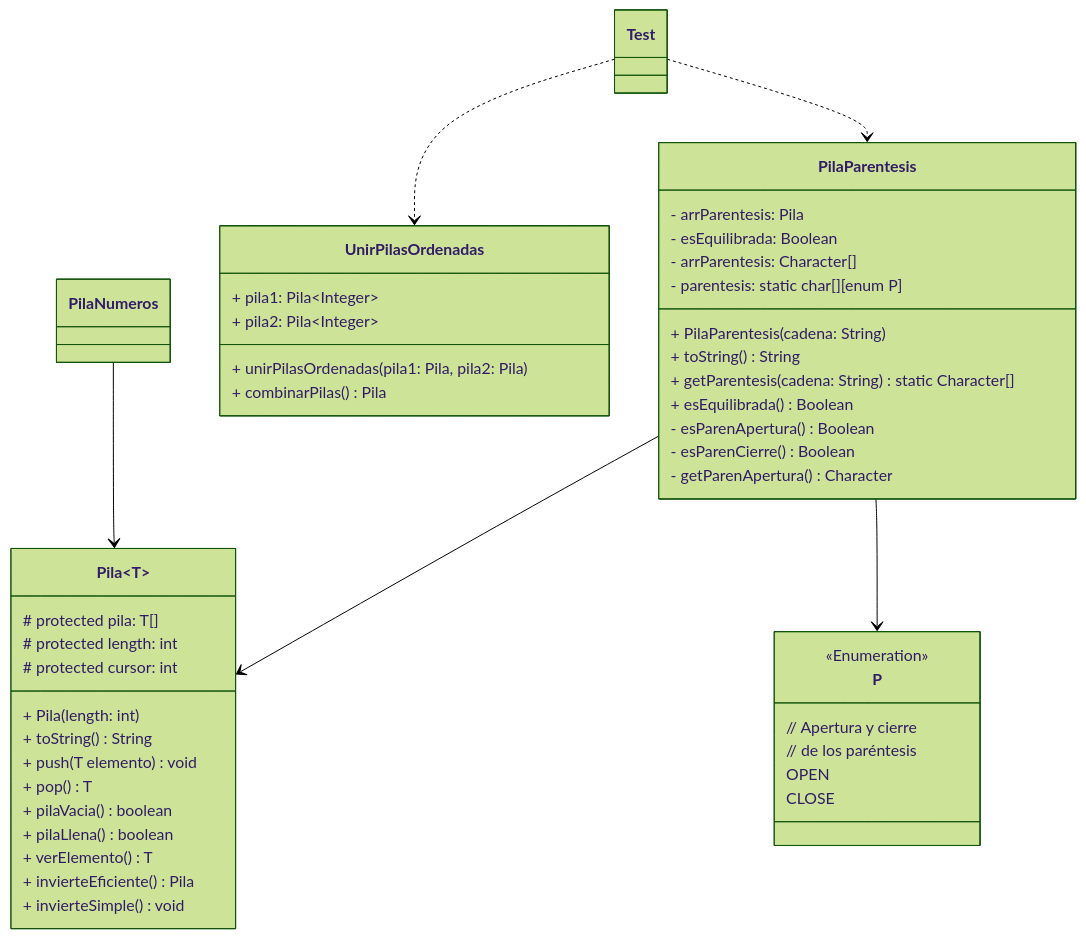
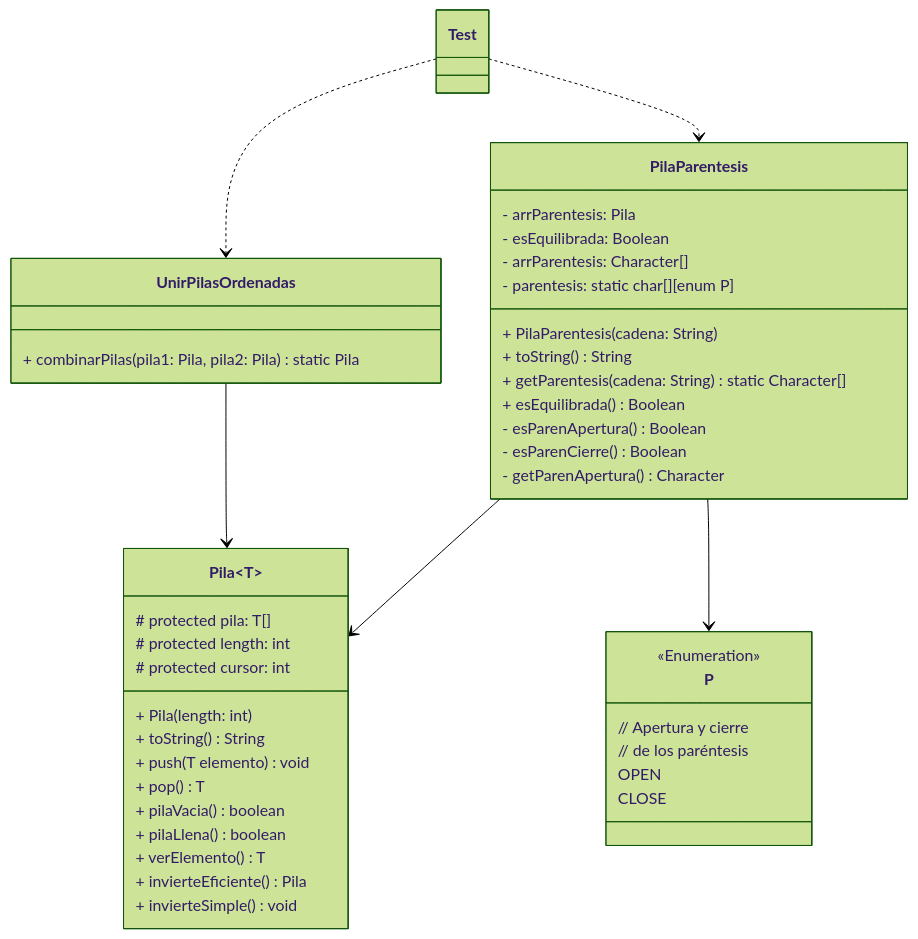
One commit to aguz11/EDA_Tp3-2 changed the diagram in class-diagram.md. Above: the diagram before and after it, drawn with Mermaid (forest theme).

````diff
--- a/class-diagram.md
+++ b/class-diagram.md
@@ -1,59 +1,56 @@
 ```mermaid
 classDiagram
     class Pila~T~ {
         # protected pila: T[]
         # protected length: int
         # protected cursor: int
 
         + Pila(length: int)
         + toString() String
 
         + push(T elemento) void
         + pop() T
         + pilaVacia() boolean
         + pilaLlena() boolean
         + verElemento() T
         + invierteEficiente() Pila
         + invierteSimple() void
 
     }
     class PilaParentesis {
         - arrParentesis: Pila
         - esEquilibrada: Boolean
         - arrParentesis: Character[]
         - parentesis: static char[][enum P]
 
         + PilaParentesis(cadena: String)
         + toString() String
         + getParentesis(cadena: String) static Character[]
         + esEquilibrada() Boolean
         - esParenApertura() Boolean
         - esParenCierre() Boolean
         - getParenApertura() Character
     }
      class P {
         <<Enumeration>>
         // Apertura y cierre
         // de los paréntesis
         OPEN
         CLOSE
     }
 
     class UnirPilasOrdenadas {
-        + pila1: Pila~Integer~
-        + pila2: Pila~Integer~
-        + unirPilasOrdenadas(pila1: Pila, pila2: Pila)
-        + combinarPilas() Pila
+        + combinarPilas(pila1: Pila, pila2: Pila)static Pila
 
     }
     class Test {
 
     }
 
     PilaParentesis --> Pila
     PilaParentesis --> P
-    PilaNumeros --> Pila
+    UnirPilasOrdenadas --> Pila
     Test ..> PilaParentesis
     Test ..> UnirPilasOrdenadas
 
 ```
````
